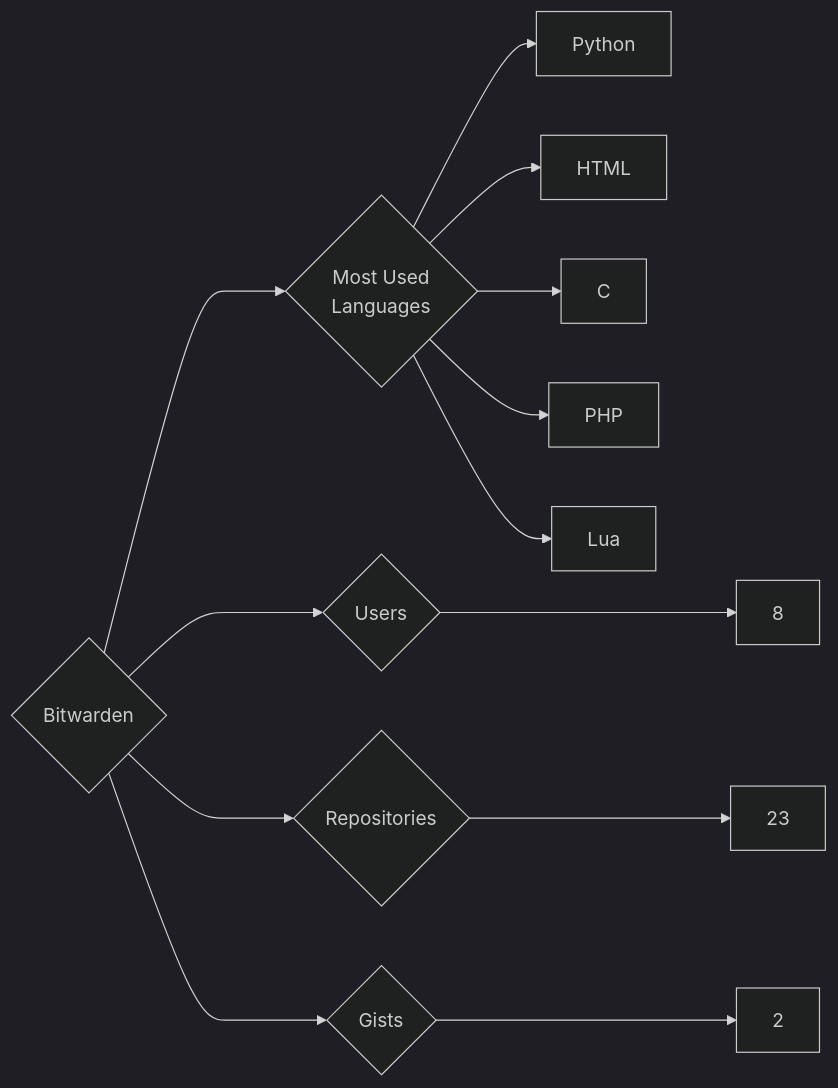
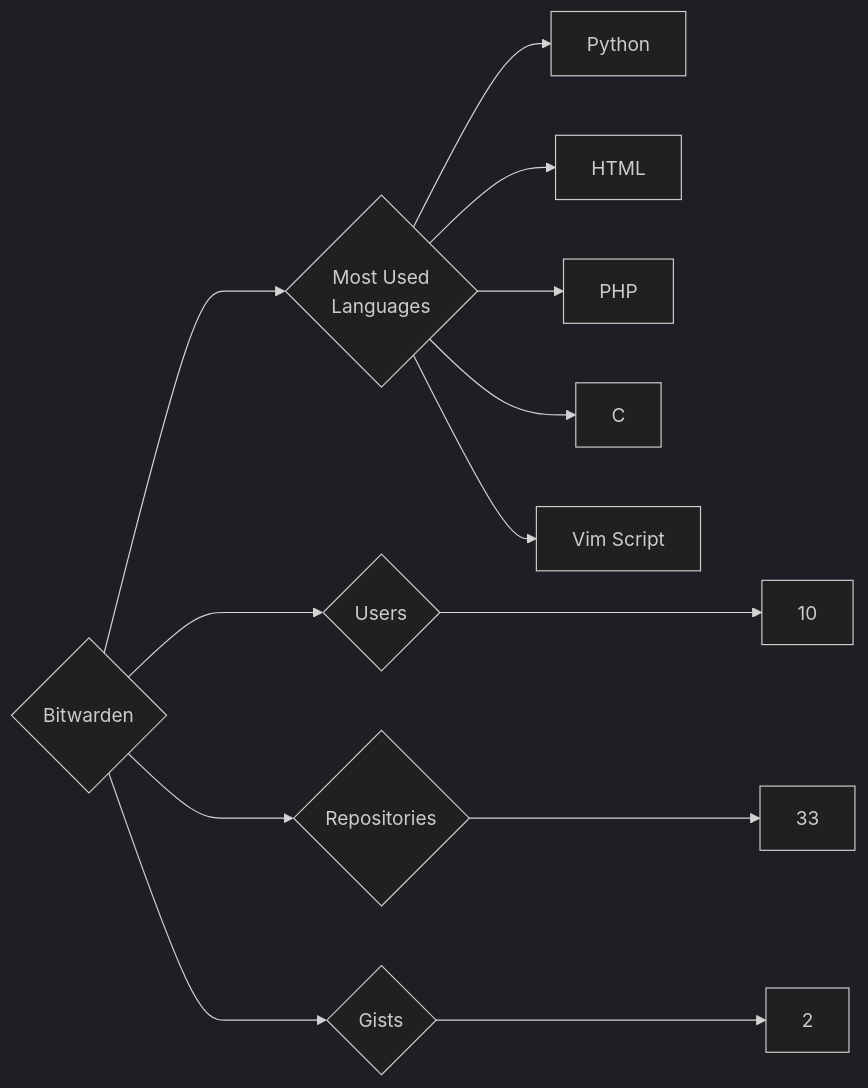
The diagram in targets/Bitwarden/README.md (trickest/insiders), drawn with Mermaid (dark theme) before and after one commit. The commit also changed 1092 other files, not shown here.

````diff
--- a/targets/Bitwarden/README.md
+++ b/targets/Bitwarden/README.md
@@ -3,13 +3,13 @@
 ```mermaid
 graph LR
 COMPANY_NAME{Bitwarden}
-COMPANY_NAME ---> U{Users} ---> UN[8]
-COMPANY_NAME ---> R{Repositories} ---> RN[23]
+COMPANY_NAME ---> U{Users} ---> UN[10]
+COMPANY_NAME ---> R{Repositories} ---> RN[33]
 COMPANY_NAME ---> G{Gists} ---> GN[2]
 COMPANY_NAME ---> ML{Most Used<br>Languages}
 ML --> Python[Python]
 ML --> HTML[HTML]
+ML --> PHP[PHP]
 ML --> C[C]
-ML --> PHP[PHP]
-ML --> Lua[Lua]
+ML --> Vim_Script[Vim Script]
 ```
````
